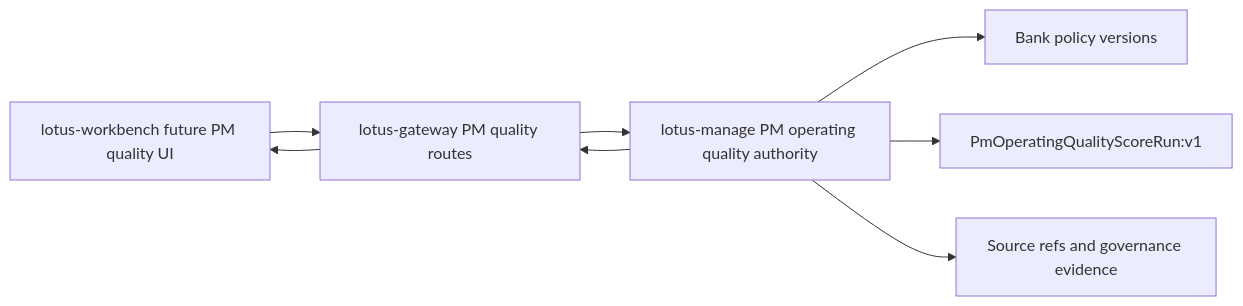
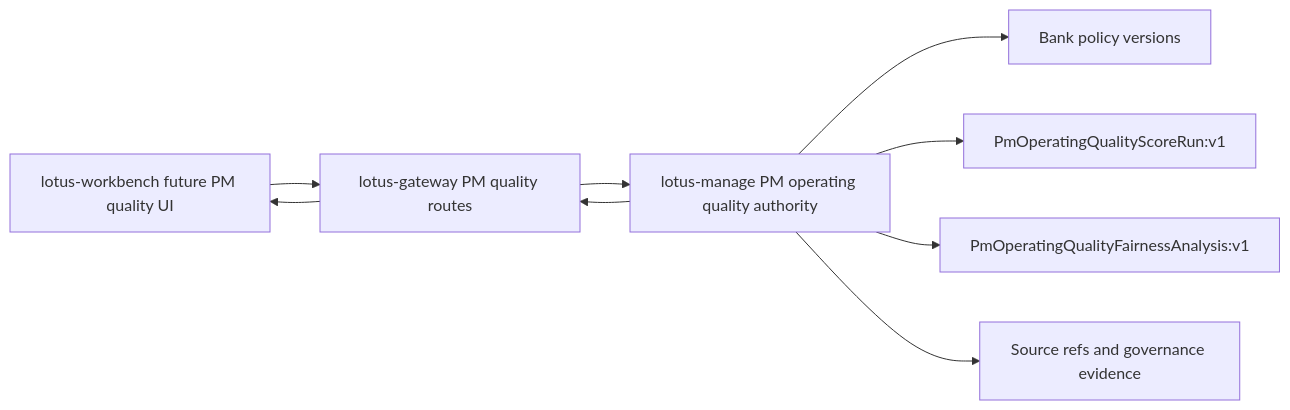
Before and after one commit to sgajbi/lotus-gateway: the fourth of 8 diagrams in wiki/Supported-Features.md, drawn with Mermaid. The commit also changed other lines of this file and 11 other files, not shown here.

Commit message:
feat(gateway): expose PM quality fairness preview

````diff
--- a/wiki/Supported-Features.md
+++ b/wiki/Supported-Features.md
@@ -201,10 +206,11 @@
 ```mermaid
 flowchart LR
     Workbench[lotus-workbench future PM quality UI] --> Gateway[lotus-gateway PM quality routes]
     Gateway --> Manage[lotus-manage PM operating quality authority]
     Manage --> Policy[Bank policy versions]
     Manage --> ScoreRun[PmOperatingQualityScoreRun:v1]
+    Manage --> Fairness[PmOperatingQualityFairnessAnalysis:v1]
     Manage --> Sources[Source refs and governance evidence]
     Manage --> Gateway
     Gateway --> Workbench
 ```
````
